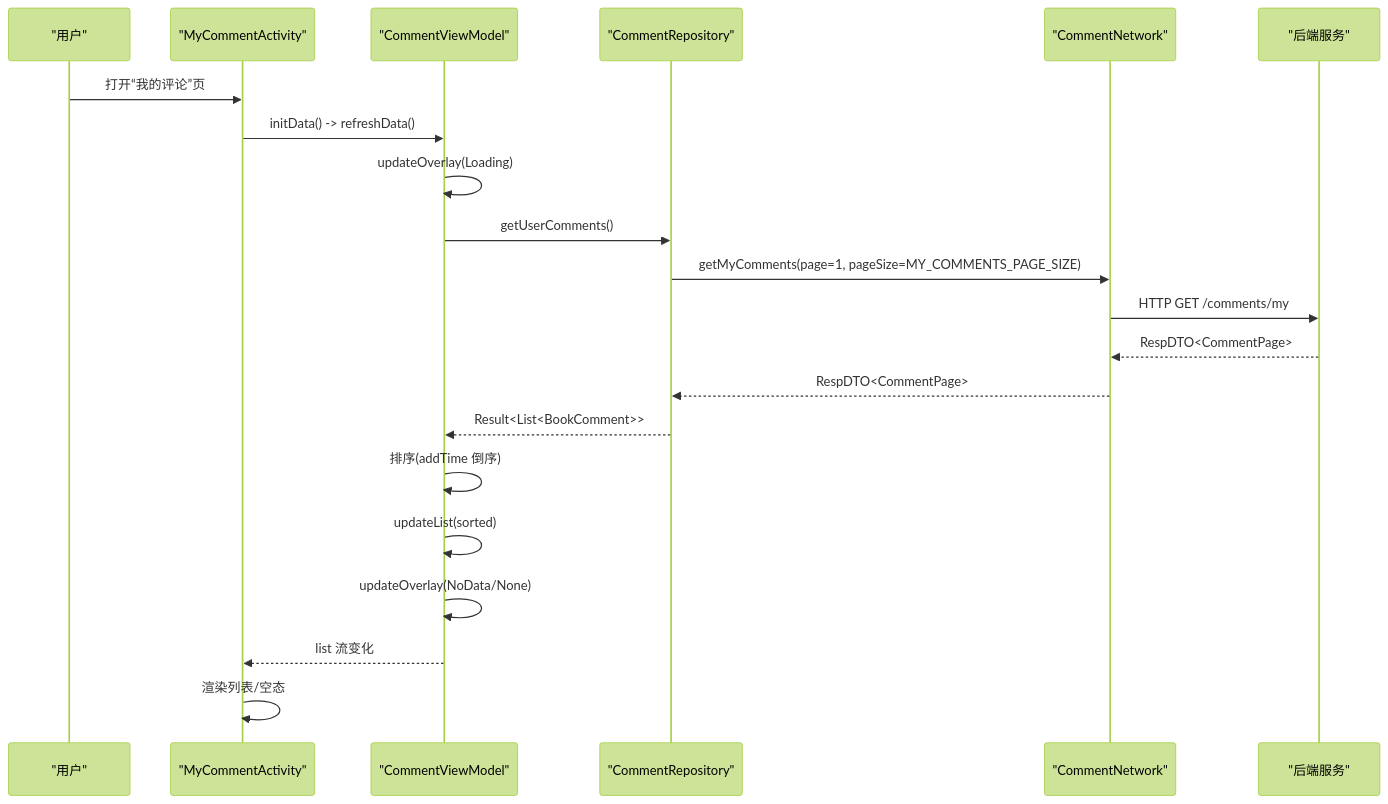
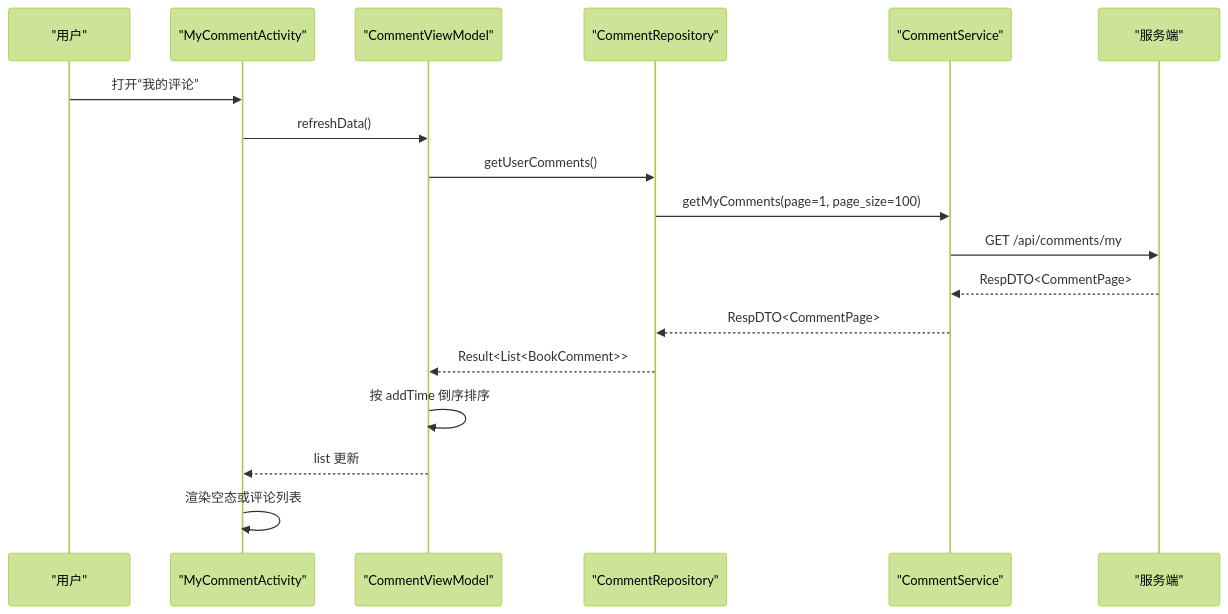
The second of 5 diagrams in .qoder/repowiki/zh/content/核心模块/个人中心模块 (module_me)/评论管理功能.md (xrn1997/android-ebook), drawn with Mermaid (forest theme) before and after one commit. The commit also changed other lines of this file and 456 other files, not shown here.

````diff
--- a/.qoder/repowiki/zh/content/核心模块/个人中心模块 (module_me)/评论管理功能.md
+++ b/.qoder/repowiki/zh/content/核心模块/个人中心模块 (module_me)/评论管理功能.md
@@ -92,24 +76,21 @@
 ```mermaid
 sequenceDiagram
     participant U as "用户"
     participant A as "MyCommentActivity"
     participant VM as "CommentViewModel"
     participant R as "CommentRepository"
-    participant N as "CommentNetwork"
-    participant S as "后端服务"
+    participant S as "CommentService"
+    participant F as "服务端"
 
-    U->>A: 打开“我的评论”页
-    A->>VM: initData() -> refreshData()
-    VM->>VM: updateOverlay(Loading)
+    U->>A: 打开“我的评论”
+    A->>VM: refreshData()
     VM->>R: getUserComments()
-    R->>N: getMyComments(page=1, pageSize=MY_COMMENTS_PAGE_SIZE)
-    N->>S: HTTP GET /comments/my
-    S-->>N: RespDTO<CommentPage>
-    N-->>R: RespDTO<CommentPage>
+    R->>S: getMyComments(page=1, page_size=100)
+    S->>F: GET /api/comments/my
+    F-->>S: RespDTO<CommentPage>
+    S-->>R: RespDTO<CommentPage>
     R-->>VM: Result<List<BookComment>>
-    VM->>VM: 排序(addTime 倒序)
-    VM->>VM: updateList(sorted)
-    VM->>VM: updateOverlay(NoData/None)
-    VM-->>A: list 流变化
-    A->>A: 渲染列表/空态
+    VM->>VM: 按 addTime 倒序排序
+    VM-->>A: list 更新
+    A->>A: 渲染空态或评论列表
 ```
````
